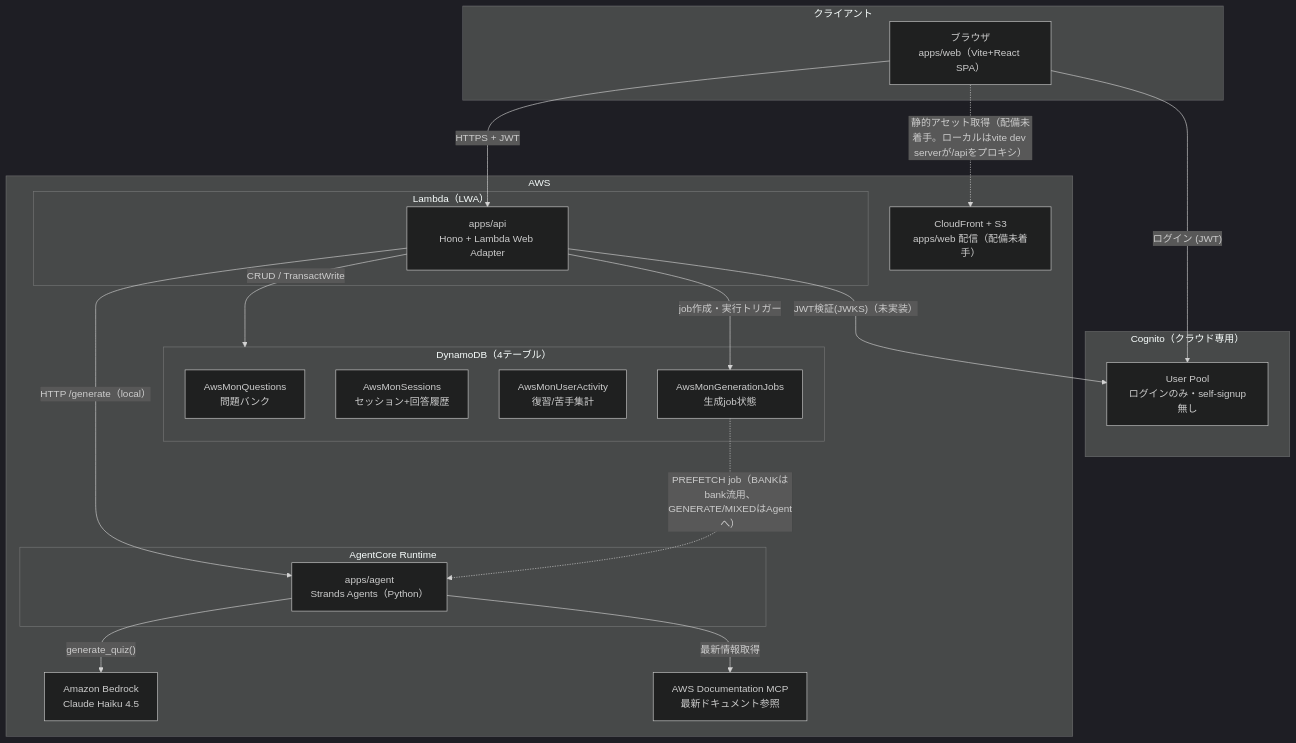
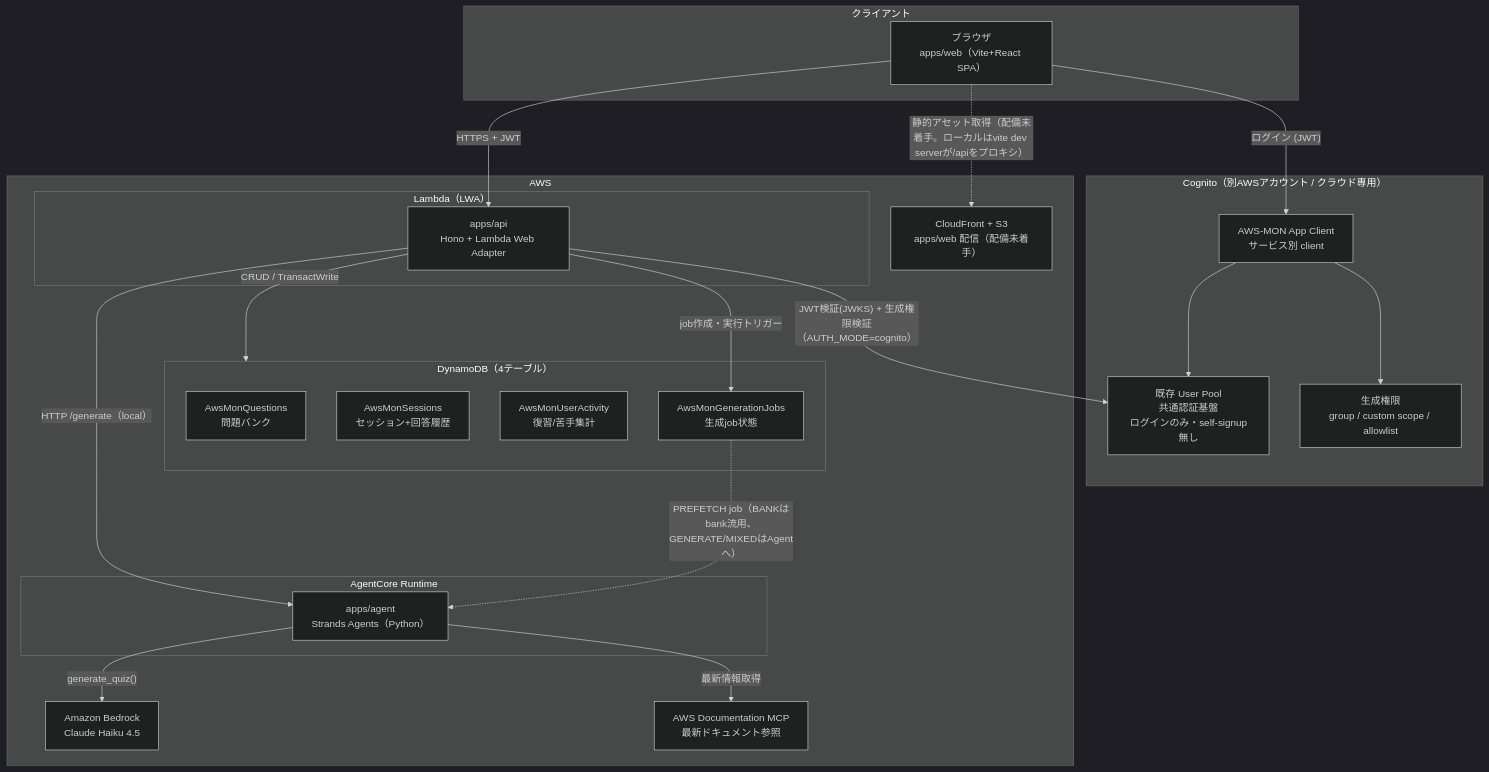
One commit to yuyumama/AWS-MON changed the first of 4 diagrams in docs/architecture.md. Above: the diagram before and after it, drawn with Mermaid (dark theme). The commit also changed other lines of this file and 23 other files, not shown here.

First line of the commit message:
auth: Cognito SRP自前ログイン + 利用許可/生成権限グループを実装

````diff
--- a/docs/architecture.md
+++ b/docs/architecture.md
@@ -9,46 +9,50 @@
 ```mermaid
 flowchart TB
     subgraph Client["クライアント"]
         Browser["ブラウザ<br/>apps/web（Vite+React SPA）"]
     end
 
-    subgraph Cognito["Cognito（クラウド専用）"]
-        UserPool["User Pool<br/>ログインのみ・self-signup無し"]
+    subgraph Cognito["Cognito（別AWSアカウント / クラウド専用）"]
+        UserPool["既存 User Pool<br/>共通認証基盤<br/>ログインのみ・self-signup無し"]
+        AppClient["AWS-MON App Client<br/>サービス別 client"]
+        Scopes["生成権限<br/>group / custom scope / allowlist"]
     end
 
     subgraph AWS["AWS"]
         subgraph LambdaAPI["Lambda（LWA）"]
             API["apps/api<br/>Hono + Lambda Web Adapter"]
         end
 
         subgraph AgentCoreRuntime["AgentCore Runtime"]
             Agent["apps/agent<br/>Strands Agents（Python）"]
         end
 
         Bedrock["Amazon Bedrock<br/>Claude Haiku 4.5"]
         MCP["AWS Documentation MCP<br/>最新ドキュメント参照"]
 
         subgraph DDB["DynamoDB（4テーブル）"]
             TQuestions["AwsMonQuestions<br/>問題バンク"]
             TSessions["AwsMonSessions<br/>セッション+回答履歴"]
             TActivity["AwsMonUserActivity<br/>復習/苦手集計"]
             TJobs["AwsMonGenerationJobs<br/>生成job状態"]
         end
 
         CFS3["CloudFront + S3<br/>apps/web 配信（配備未着手）"]
     end
 
-    Browser -- "ログイン (JWT)" --> UserPool
+    Browser -- "ログイン (JWT)" --> AppClient
+    AppClient --> UserPool
+    AppClient --> Scopes
     Browser -- "HTTPS + JWT" --> API
     Browser -. "静的アセット取得（配備未着手。ローカルはvite dev serverが/apiをプロキシ）" .-> CFS3
 
-    API -- "JWT検証(JWKS)（未実装）" --> UserPool
+    API -- "JWT検証(JWKS) + 生成権限検証（AUTH_MODE=cognito）" --> UserPool
     API -- "CRUD / TransactWrite" --> DDB
     API -- "job作成・実行トリガー" --> TJobs
 
     Agent -- "generate_quiz()" --> Bedrock
     Agent -- "最新情報取得" --> MCP
     API -- "HTTP /generate（local）" --> Agent
 
     TJobs -. "PREFETCH job（BANKはbank流用、GENERATE/MIXEDはAgentへ）" .-> Agent
 ```
````
